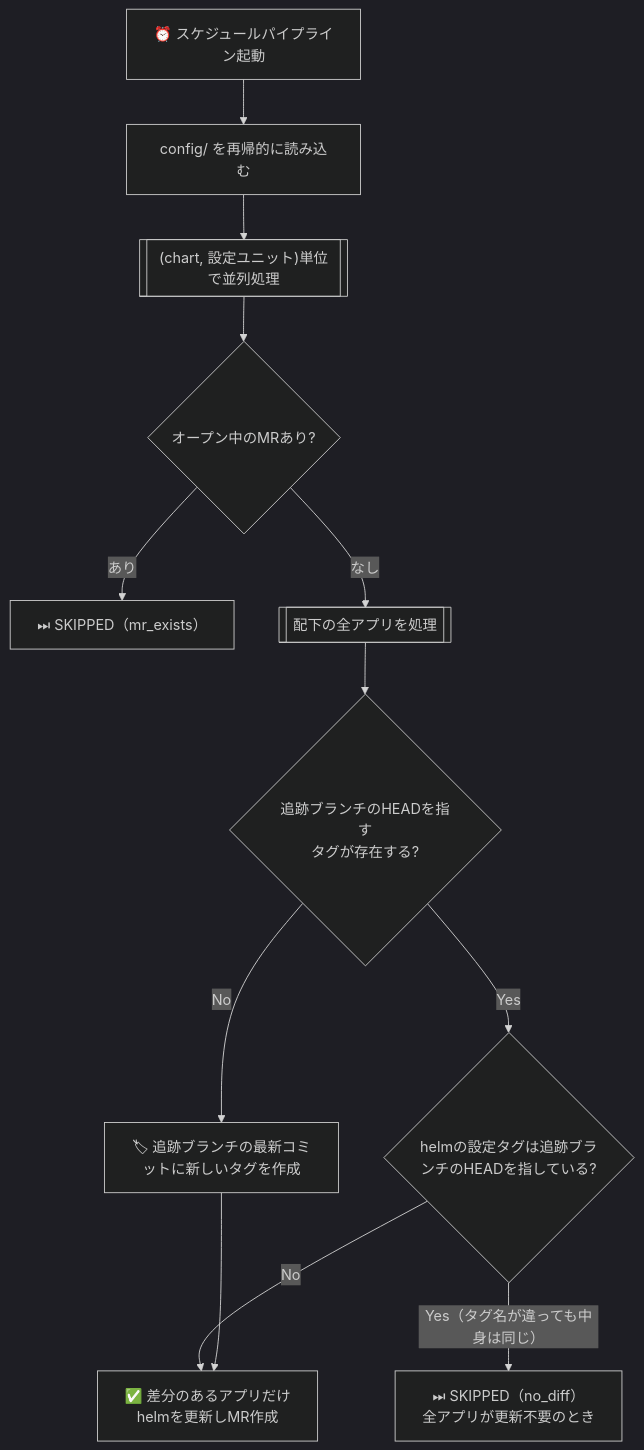
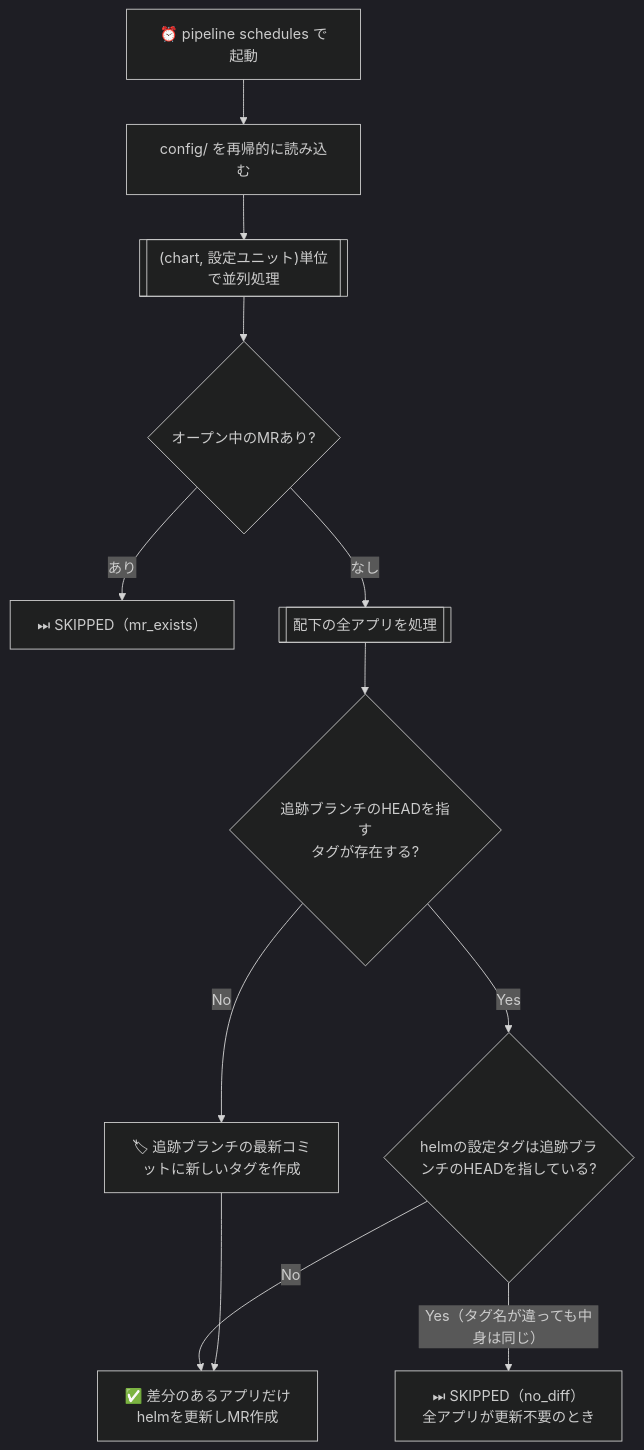
One commit to sinnlosses/helm-yadokari changed the diagram in README.md. Above: the diagram before and after it, drawn with Mermaid (dark theme). The commit also changed other lines of this file and 3 other files, not shown here.

````diff
--- a/README.md
+++ b/README.md
@@ -132,14 +132,14 @@
 ```mermaid
 flowchart TD
-    A[⏰ スケジュールパイプライン起動] --> B[config/ を再帰的に読み込む]
+    A[⏰ pipeline schedules で起動] --> B[config/ を再帰的に読み込む]
     B --> C[["(chart, 設定ユニット)単位で並列処理"]]
     C --> D{オープン中のMRあり?}
     D -->|あり| E1["⏭ SKIPPED（mr_exists）"]
     D -->|なし| F[[配下の全アプリを処理]]
     F --> G{追跡ブランチのHEADを指す<br>タグが存在する?}
     G -->|No| H1[🏷 追跡ブランチの最新コミットに新しいタグを作成]
     G -->|Yes| I{helmの設定タグは追跡ブランチのHEADを指している?}
     I -->|Yes（タグ名が違っても中身は同じ）| E2["⏭ SKIPPED（no_diff）<br/>全アプリが更新不要のとき"]
     I -->|No| J[✅ 差分のあるアプリだけ<br>helmを更新しMR作成]
     H1 --> J
 ```
````
